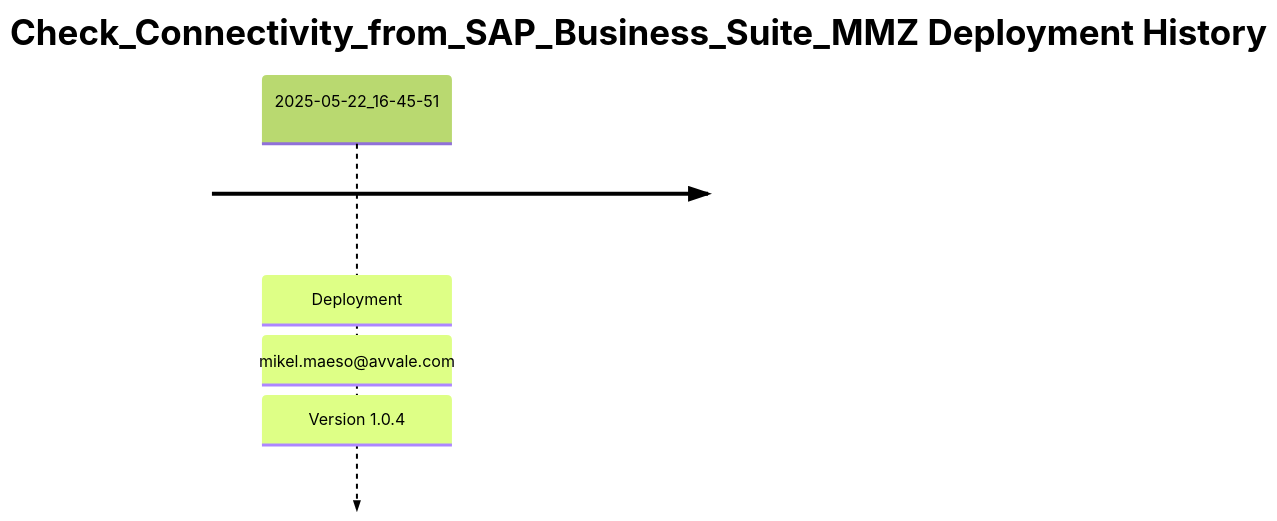
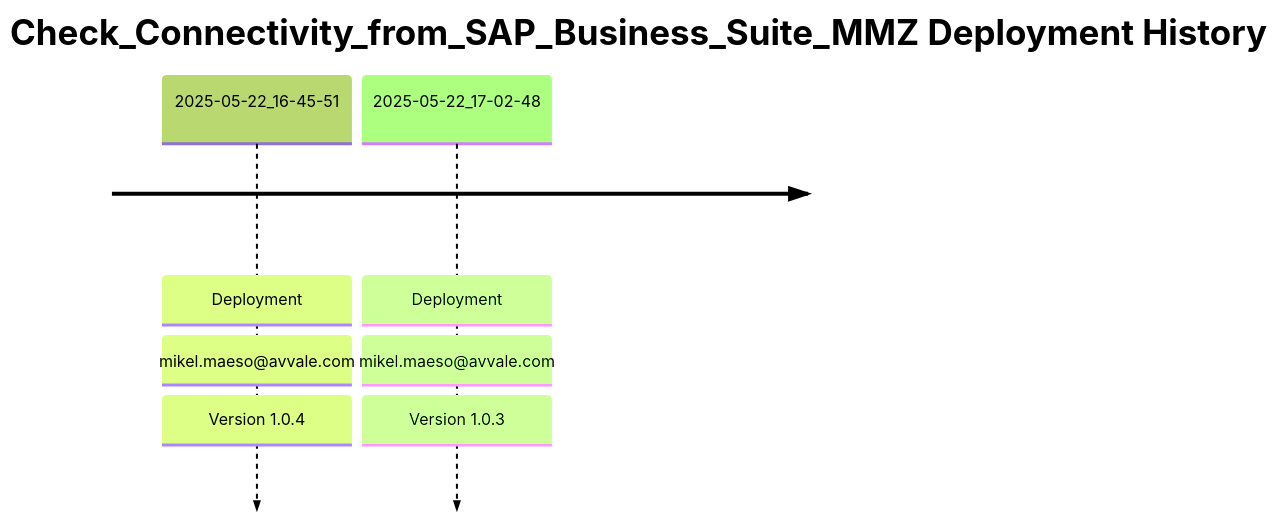
The diagram in MMZ - Cell Iflows/Check_Connectivity_from_SAP_Business_Suite_MMZ/README.md (Avvale-IA-CICD/AvvaleCPI), drawn with Mermaid before and after one commit. The commit also changed other lines of this file, not shown here.

Commit message:
docs: Update master README for MMZ - Cell Iflows/Check_Connectivity_from_SAP_Business_Suite_MMZ (v 1.0.3)

````diff
--- a/MMZ - Cell Iflows/Check_Connectivity_from_SAP_Business_Suite_MMZ/README.md
+++ b/MMZ - Cell Iflows/Check_Connectivity_from_SAP_Business_Suite_MMZ/README.md
@@ -7,6 +7,7 @@
 ```mermaid
 %%{init: { 'logLevel': 'debug', 'theme': 'forest' } }%%
 timeline
     title Check_Connectivity_from_SAP_Business_Suite_MMZ Deployment History
     2025-05-22_16-45-51 : Deployment : mikel.maeso@avvale.com : Version 1.0.4
+    2025-05-22_17-02-48 : Deployment : mikel.maeso@avvale.com : Version 1.0.3
 ```
````
